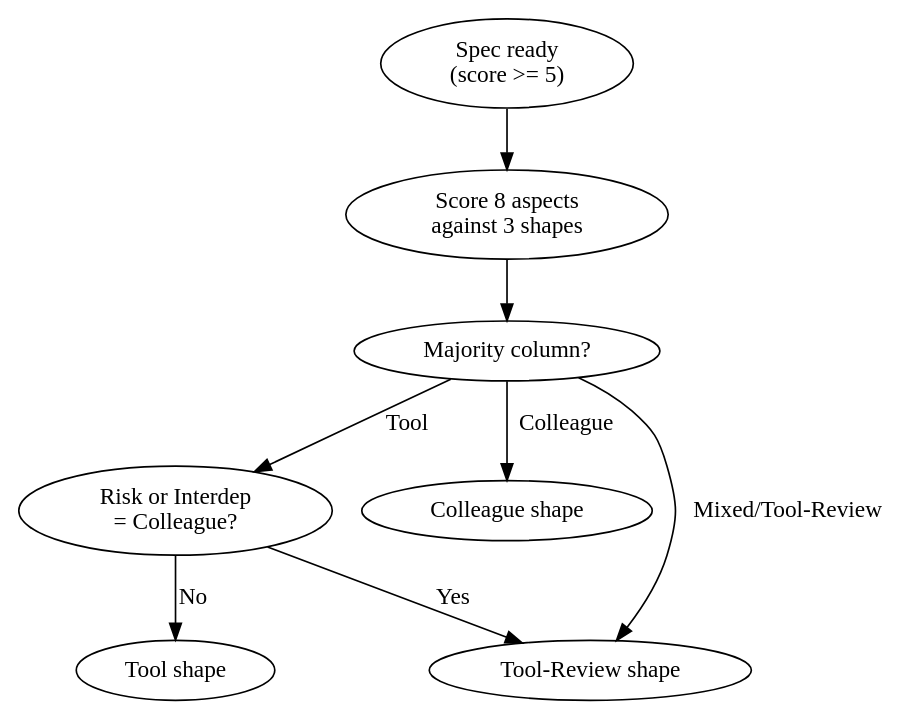
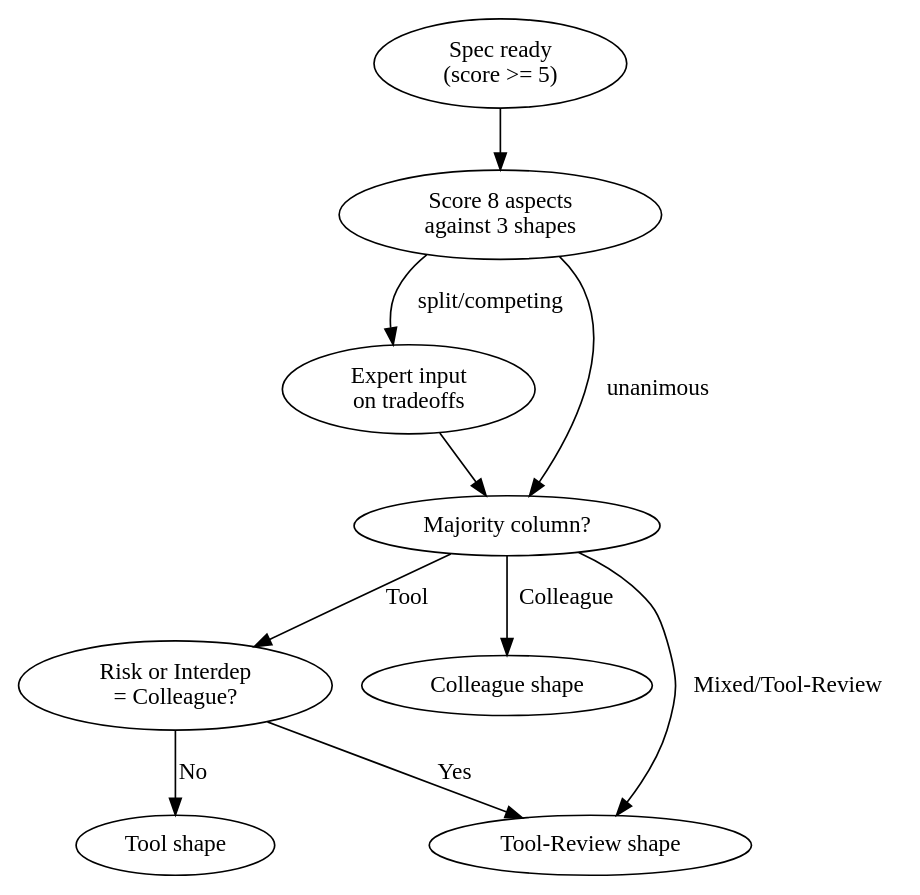
The diagram in hope/skills/shape/SKILL.md (saadshahd/moo.md), drawn with Graphviz before and after one commit. The commit also changed other lines of this file and 12 other files, not shown here.

````diff
--- a/hope/skills/shape/SKILL.md
+++ b/hope/skills/shape/SKILL.md
@@ -89,18 +85,22 @@
 ```dot
 digraph shape_decision {
   rankdir=TB
   start [label="Spec ready\n(score >= 5)"]
   score [label="Score 8 aspects\nagainst 3 shapes"]
+  consult [label="Expert input\non tradeoffs"]
   decide [label="Majority column?"]
   override [label="Risk or Interdep\n= Colleague?"]
   colleague [label="Colleague shape"]
   tool_review [label="Tool-Review shape"]
   tool [label="Tool shape"]
-  start -> score -> decide
+  start -> score
+  score -> consult [label="split/competing"]
+  score -> decide [label="unanimous"]
+  consult -> decide
   decide -> colleague [label="Colleague"]
   decide -> tool_review [label="Mixed/Tool-Review"]
   decide -> override [label="Tool"]
   override -> tool_review [label="Yes"]
   override -> tool [label="No"]
 }
 ```
````
